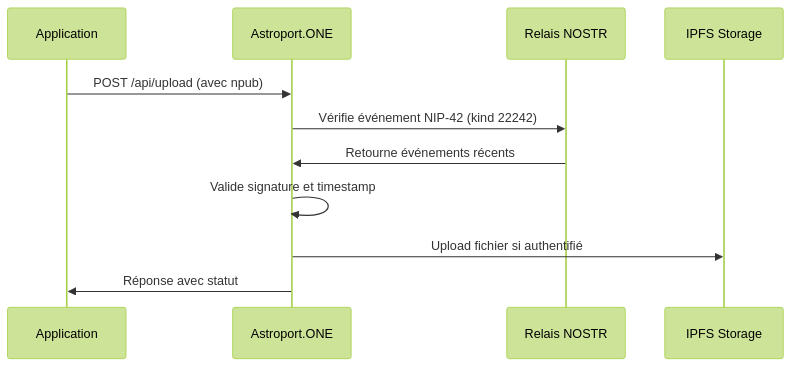
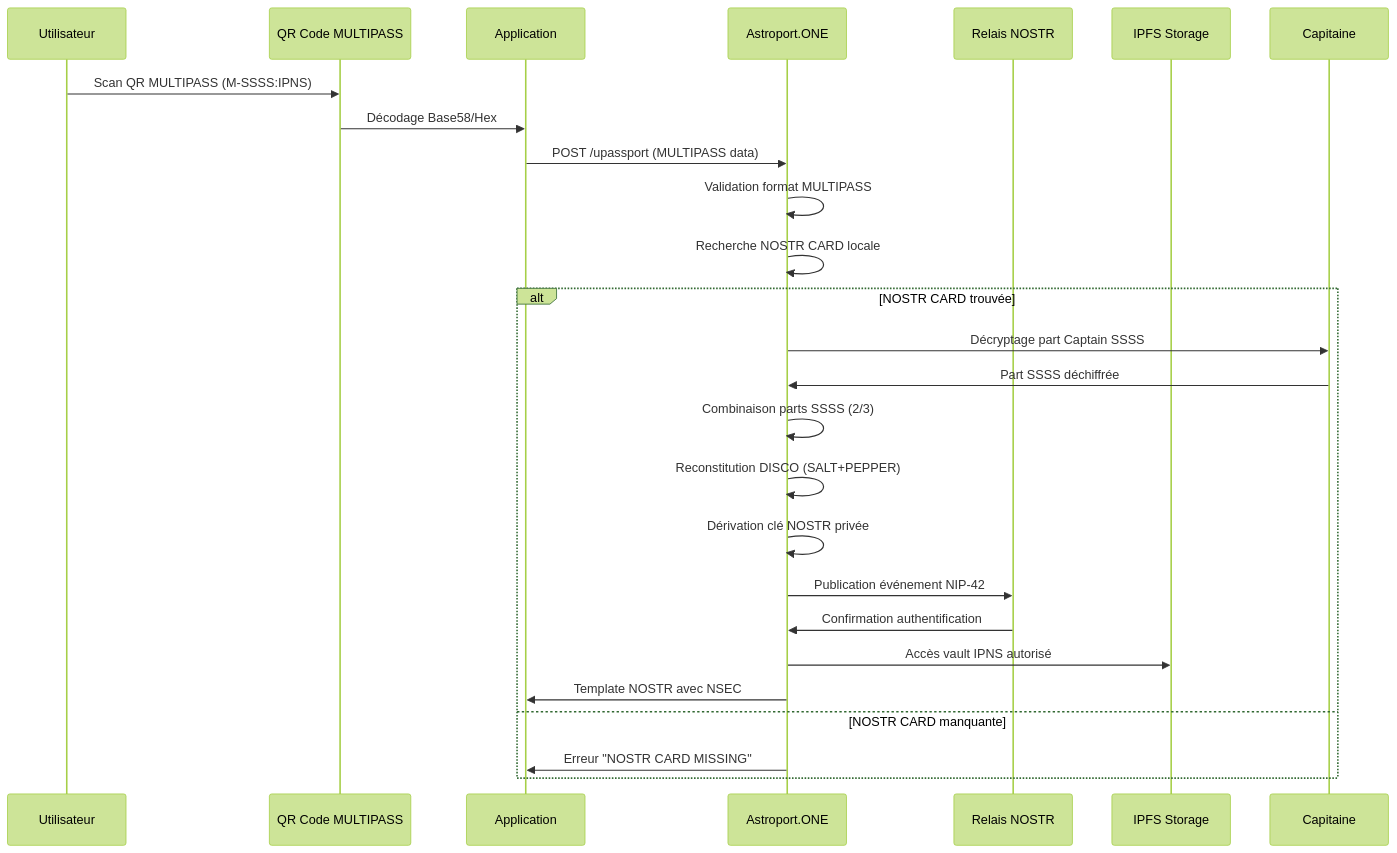
One commit to papiche/Astroport.ONE changed the third of 3 diagrams in API.NOSTRAuth.readme.md. Above: the diagram before and after it, drawn with Mermaid (forest theme). The commit also changed other lines of this file, not shown here.

````diff
--- a/API.NOSTRAuth.readme.md
+++ b/API.NOSTRAuth.readme.md
@@ -184,14 +419,30 @@
 ```mermaid
 sequenceDiagram
+    participant User as Utilisateur
+    participant QR as QR Code MULTIPASS
     participant Client as Application
     participant API as Astroport.ONE
     participant Relay as Relais NOSTR
     participant IPFS as IPFS Storage
+    participant Captain as Capitaine
     
-    Client->>API: POST /api/upload (avec npub)
-    API->>Relay: Vérifie événement NIP-42 (kind 22242)
-    Relay->>API: Retourne événements récents
-    API->>API: Valide signature et timestamp
-    API->>IPFS: Upload fichier si authentifié
-    API->>Client: Réponse avec statut
+    User->>QR: Scan QR MULTIPASS (M-SSSS:IPNS)
+    QR->>Client: Décodage Base58/Hex
+    Client->>API: POST /upassport (MULTIPASS data)
+    API->>API: Validation format MULTIPASS
+    API->>API: Recherche NOSTR CARD locale
+    
+    alt NOSTR CARD trouvée
+        API->>Captain: Décryptage part Captain SSSS
+        Captain->>API: Part SSSS déchiffrée
+        API->>API: Combinaison parts SSSS (2/3)
+        API->>API: Reconstitution DISCO (SALT+PEPPER)
+        API->>API: Dérivation clé NOSTR privée
+        API->>Relay: Publication événement NIP-42
+        Relay->>API: Confirmation authentification
+        API->>IPFS: Accès vault IPNS autorisé
+        API->>Client: Template NOSTR avec NSEC
+    else NOSTR CARD manquante
+        API->>Client: Erreur "NOSTR CARD MISSING"
+    end
 ```
````
